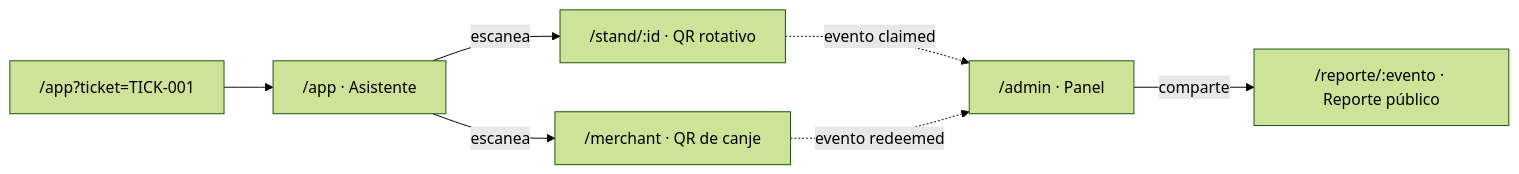
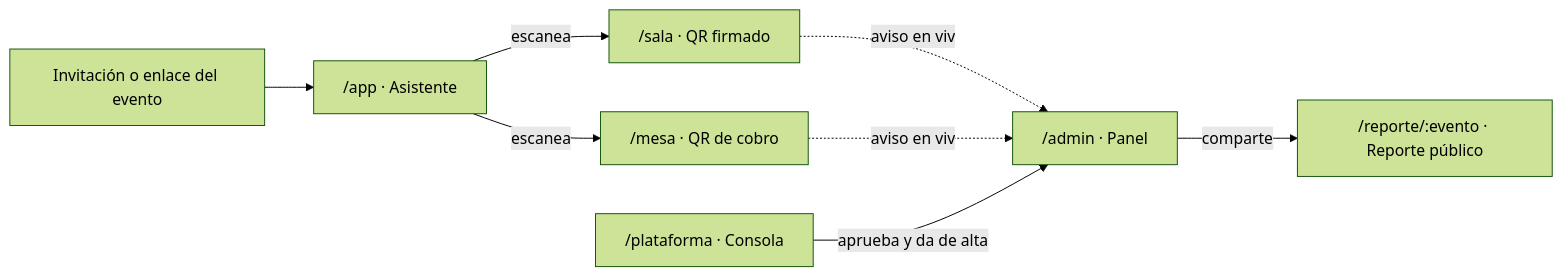
The diagram in docs/06-diseno/03-ux-y-pantallas.md (DAVV422/pasitos), drawn with Mermaid (forest theme) before and after one commit. The commit also changed other lines of this file and 5 other files, not shown here.

````diff
--- a/docs/06-diseno/03-ux-y-pantallas.md
+++ b/docs/06-diseno/03-ux-y-pantallas.md
@@ -26,9 +27,10 @@
 ```mermaid
 flowchart LR
-  T["/app?ticket=TICK-001"] --> A["/app · Asistente"]
-  A -->|escanea| S["/stand/:id · QR rotativo"]
-  A -->|escanea| M["/merchant · QR de canje"]
-  S -.evento claimed.-> P["/admin · Panel"]
-  M -.evento redeemed.-> P
+  T["Invitación o enlace del evento"] --> A["/app · Asistente"]
+  A -->|escanea| S["/sala · QR firmado"]
+  A -->|escanea| M["/mesa · QR de cobro"]
+  S -.aviso en vivo.-> P["/admin · Panel"]
+  M -.aviso en vivo.-> P
+  PL["/plataforma · Consola"] -->|aprueba y da de alta| P
   P -->|comparte| R["/reporte/:evento · Reporte público"]
 ```
````
